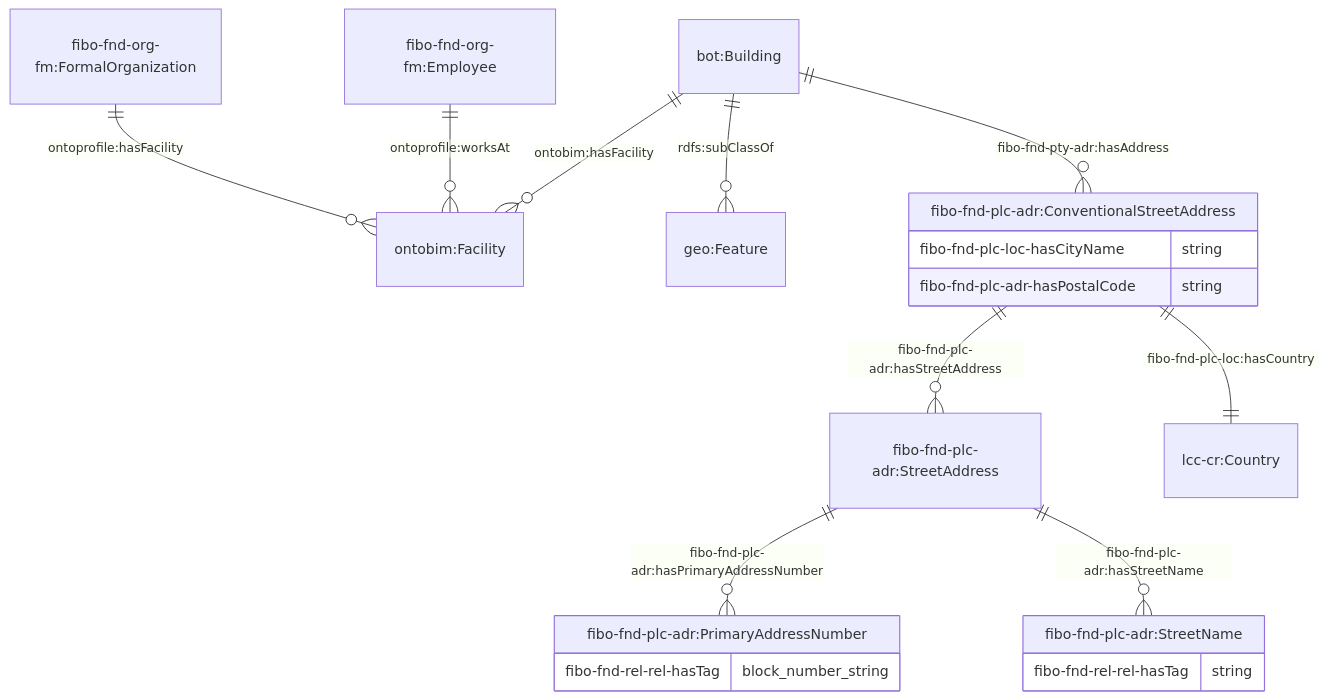
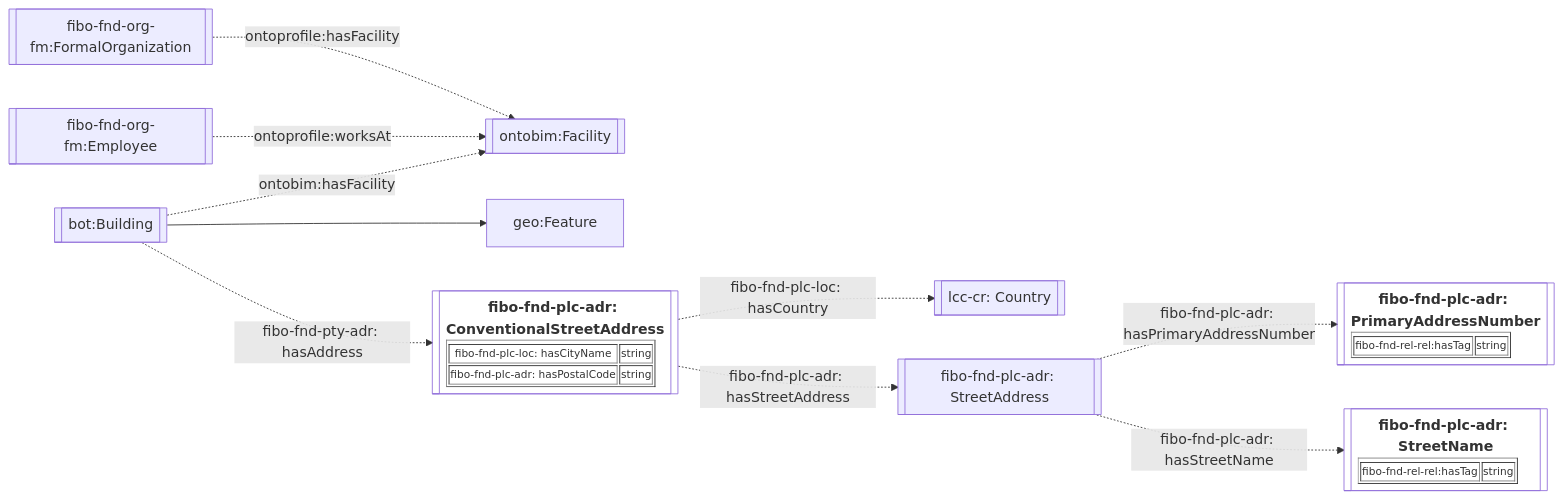
Before and after one commit to cambridge-cares/TheWorldAvatar: the sixth of 6 diagrams in JPS_Ontology/ontology/ontoprofile/README.MD, drawn with Mermaid. The commit also changed other lines of this file, not shown here.

Commit message:
dev-service-execution-ontology-extension: move to flow chart for ontology diagrams in ontoprofile

````diff
--- a/JPS_Ontology/ontology/ontoprofile/README.MD
+++ b/JPS_Ontology/ontology/ontoprofile/README.MD
@@ -172,25 +185,19 @@
 ```mermaid
-    erDiagram
-    "bot:Building" ||--o{ "ontobim:Facility" : "ontobim:hasFacility "
-    "bot:Building" ||--o{ "geo:Feature" : "rdfs:subClassOf"
-    "bot:Building" ||--o{ "fibo-fnd-plc-adr:ConventionalStreetAddress" : "fibo-fnd-pty-adr:hasAddress"
-    "fibo-fnd-plc-adr:ConventionalStreetAddress" ||--o{ "fibo-fnd-plc-adr:StreetAddress" : "fibo-fnd-plc-adr:hasStreetAddress"
-    "fibo-fnd-plc-adr:ConventionalStreetAddress" ||--|| "lcc-cr:Country" : "fibo-fnd-plc-loc:hasCountry"
-    "fibo-fnd-plc-adr:ConventionalStreetAddress" {
-        fibo-fnd-plc-loc-hasCityName string
-        fibo-fnd-plc-adr-hasPostalCode string
-    }
+flowchart LR
+    %% Styling
+    classDef literal fill:none
 
-    "fibo-fnd-plc-adr:StreetAddress" ||--o{ "fibo-fnd-plc-adr:PrimaryAddressNumber" : "fibo-fnd-plc-adr:hasPrimaryAddressNumber"
-    "fibo-fnd-plc-adr:StreetAddress" ||--o{ "fibo-fnd-plc-adr:StreetName" : "fibo-fnd-plc-adr:hasStreetName"
+    %% Diagram
+    Building[[bot:Building]] -. ontobim:hasFacility .-> Facility[[ontobim:Facility]]
+    Building --> geo:Feature
+    Building -. fibo-fnd-pty-adr: hasAddress .-> ConventionalStreetAddress[["<table border='1' style='font-size:0.75rem;'><tr style='font-size:1.25rem;'><b>fibo-fnd-plc-adr: ConventionalStreetAddress</b></tr><tr><td>fibo-fnd-plc-loc: hasCityName</td><td>string</td></tr><tr><td>fibo-fnd-plc-adr: hasPostalCode</td><td>string</td></tr></table>"]]:::literal
 
-    "fibo-fnd-plc-adr:PrimaryAddressNumber" {
-        fibo-fnd-rel-rel-hasTag block_number_string
-    }
-    "fibo-fnd-plc-adr:StreetName" {
-        fibo-fnd-rel-rel-hasTag string
-    }
+    ConventionalStreetAddress -. fibo-fnd-plc-loc: hasCountry .-> Country[[lcc-cr: Country]]
+    ConventionalStreetAddress -. fibo-fnd-plc-adr: hasStreetAddress .-> StreetAddress[[fibo-fnd-plc-adr: StreetAddress]]
 
-    "fibo-fnd-org-fm:FormalOrganization" ||--o{ "ontobim:Facility" : "ontoprofile:hasFacility "
-    "fibo-fnd-org-fm:Employee" ||--o{ "ontobim:Facility"  : "ontoprofile:worksAt"
+    StreetAddress -. fibo-fnd-plc-adr: hasPrimaryAddressNumber .-> PrimaryAddressNumber[["<table border='1' style='font-size:0.75rem;'><tr style='font-size:1.25rem;'><b>fibo-fnd-plc-adr: PrimaryAddressNumber</b></tr><tr><td>fibo-fnd-rel-rel:hasTag</td><td>string</td></tr></table>"]]:::literal
+    StreetAddress -. fibo-fnd-plc-adr: hasStreetName .-> StreetName[["<table border='1' style='font-size:0.75rem;'><tr style='font-size:1.25rem;'><b>fibo-fnd-plc-adr: StreetName</b></tr><tr><td>fibo-fnd-rel-rel:hasTag</td><td>string</td></tr></table>"]]:::literal
+
+    Org[[fibo-fnd-org-fm:FormalOrganization]] -. ontoprofile:hasFacility .-> Facility
+    Employee[[fibo-fnd-org-fm:Employee]] -. ontoprofile:worksAt .-> Facility
 ```
````
